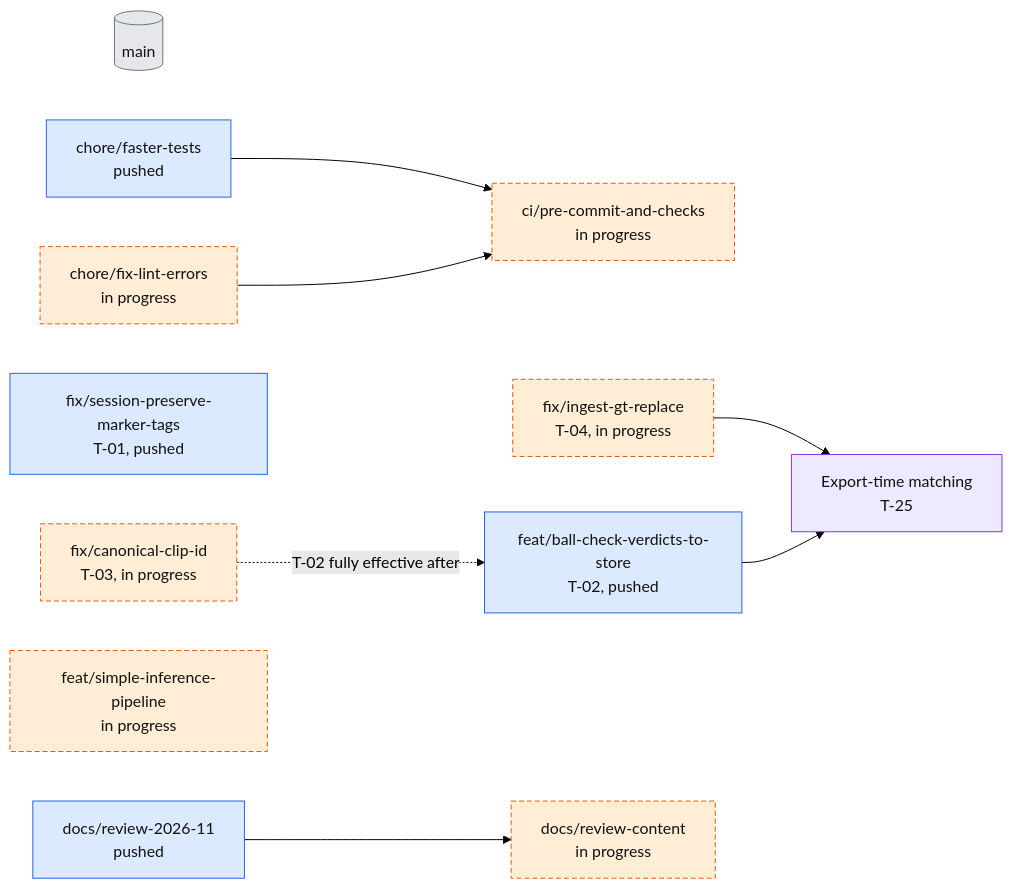
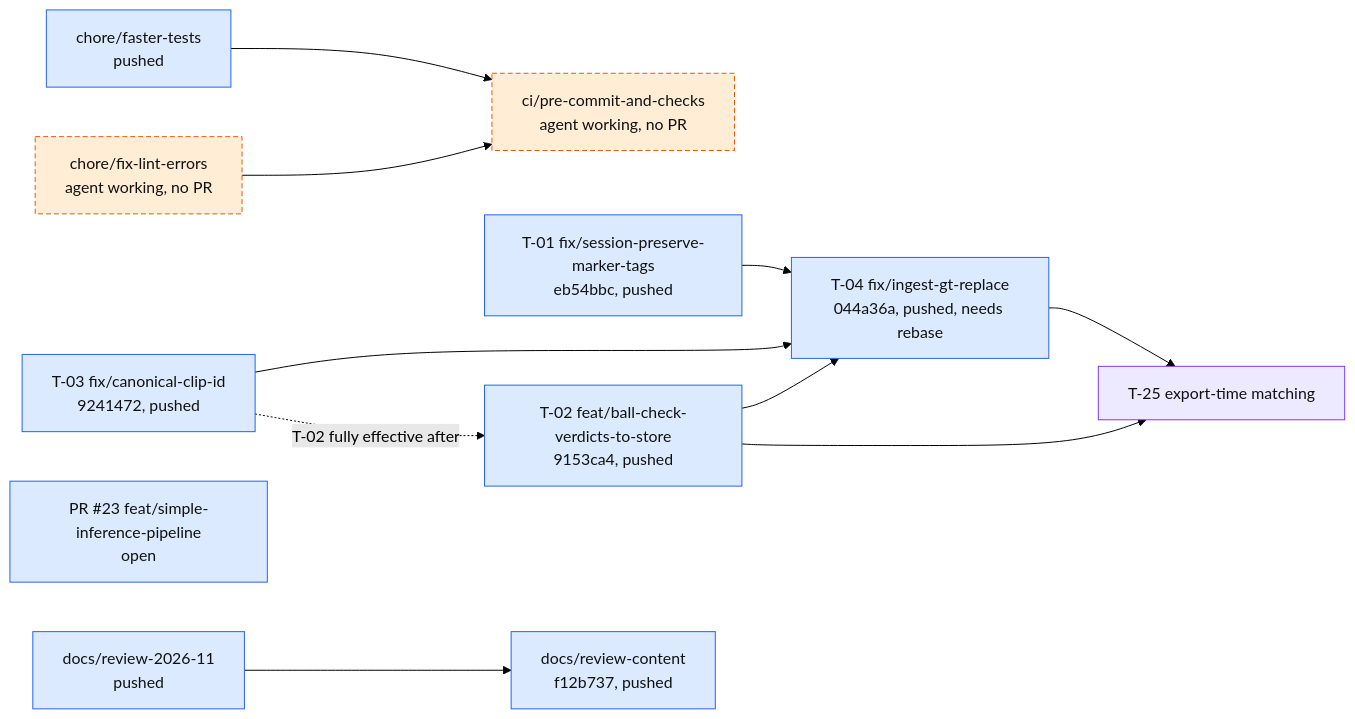
The diagram in docs/todo.md (egroeg121/footy-track), drawn with Mermaid (forest theme) before and after one commit. The commit also changed other lines of this file, not shown here.

Commit message:
docs(todo): add T-31 to T-43, update branch statuses and merge-order diagram

````diff
--- a/docs/todo.md
+++ b/docs/todo.md
@@ -11,25 +11,26 @@
 ```mermaid
 flowchart LR
   classDef code fill:#dbeafe,stroke:#2563eb,color:#111
   classDef wip fill:#ffedd5,stroke:#ea580c,stroke-dasharray:5 3,color:#111
   classDef new fill:#ede9fe,stroke:#7c3aed,color:#111
-  classDef done fill:#e5e7eb,stroke:#6b7280,color:#111
-  MAIN[("main")]:::done
   FT["chore/faster-tests<br/>pushed"]:::code
-  LINT["chore/fix-lint-errors<br/>in progress"]:::wip
-  CI["ci/pre-commit-and-checks<br/>in progress"]:::wip
-  T1["fix/session-preserve-marker-tags<br/>T-01, pushed"]:::code
-  T2["feat/ball-check-verdicts-to-store<br/>T-02, pushed"]:::code
-  T3["fix/canonical-clip-id<br/>T-03, in progress"]:::wip
-  T4["fix/ingest-gt-replace<br/>T-04, in progress"]:::wip
-  X["Export-time matching<br/>T-25"]:::new
-  SIM["feat/simple-inference-pipeline<br/>in progress"]:::wip
+  LINT["chore/fix-lint-errors<br/>agent working, no PR"]:::wip
+  CI["ci/pre-commit-and-checks<br/>agent working, no PR"]:::wip
+  T1["T-01 fix/session-preserve-marker-tags<br/>eb54bbc, pushed"]:::code
+  T2["T-02 feat/ball-check-verdicts-to-store<br/>9153ca4, pushed"]:::code
+  T3["T-03 fix/canonical-clip-id<br/>9241472, pushed"]:::code
+  T4["T-04 fix/ingest-gt-replace<br/>044a36a, pushed, needs rebase"]:::code
+  X["T-25 export-time matching"]:::new
+  SIM["PR #23 feat/simple-inference-pipeline<br/>open"]:::code
   DOC["docs/review-2026-11<br/>pushed"]:::code
-  DC["docs/review-content<br/>in progress"]:::wip
+  DC["docs/review-content<br/>f12b737, pushed"]:::code
   FT --> CI
   LINT --> CI
+  T1 --> T4
+  T2 --> T4
+  T3 --> T4
+  T2 --> X
   T4 --> X
-  T2 --> X
   T3 -. "T-02 fully effective after" .-> T2
   DOC --> DC
 ```
````
